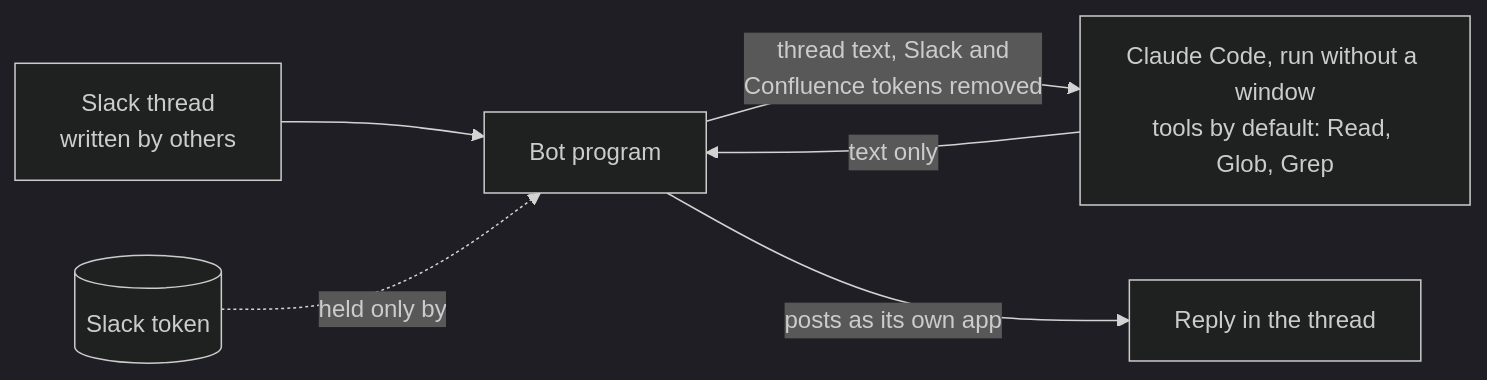
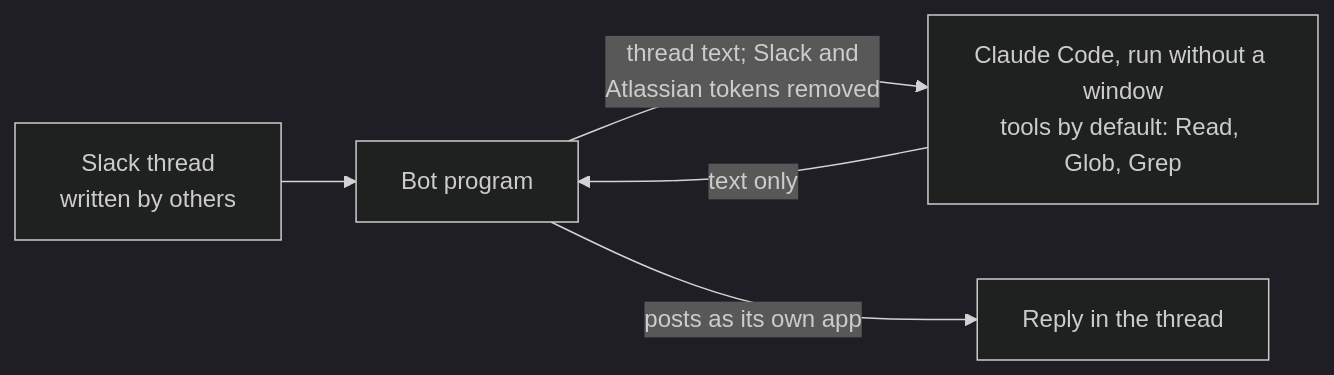
The diagram in docs/guide/slack-bot.md (by-carlos/daikenja), drawn with Mermaid (dark theme) before and after one commit. The commit also changed other lines of this file and 11 other files, not shown here.

````diff
--- a/docs/guide/slack-bot.md
+++ b/docs/guide/slack-bot.md
@@ -33,8 +50,7 @@
 ```mermaid
 flowchart LR
     S[Slack thread<br/>written by others] --> B[Bot program]
-    B -->|thread text, Slack and<br/>Confluence tokens removed| M["Claude Code, run without a window<br/>tools by default: Read, Glob, Grep"]
+    B -->|thread text; Slack and<br/>Atlassian tokens removed| M["Claude Code, run without a window<br/>tools by default: Read, Glob, Grep"]
     M -->|text only| B
     B -->|posts as its own app| P[Reply in the thread]
-    T[(Slack token)] -.held only by.-> B
 ```
````
